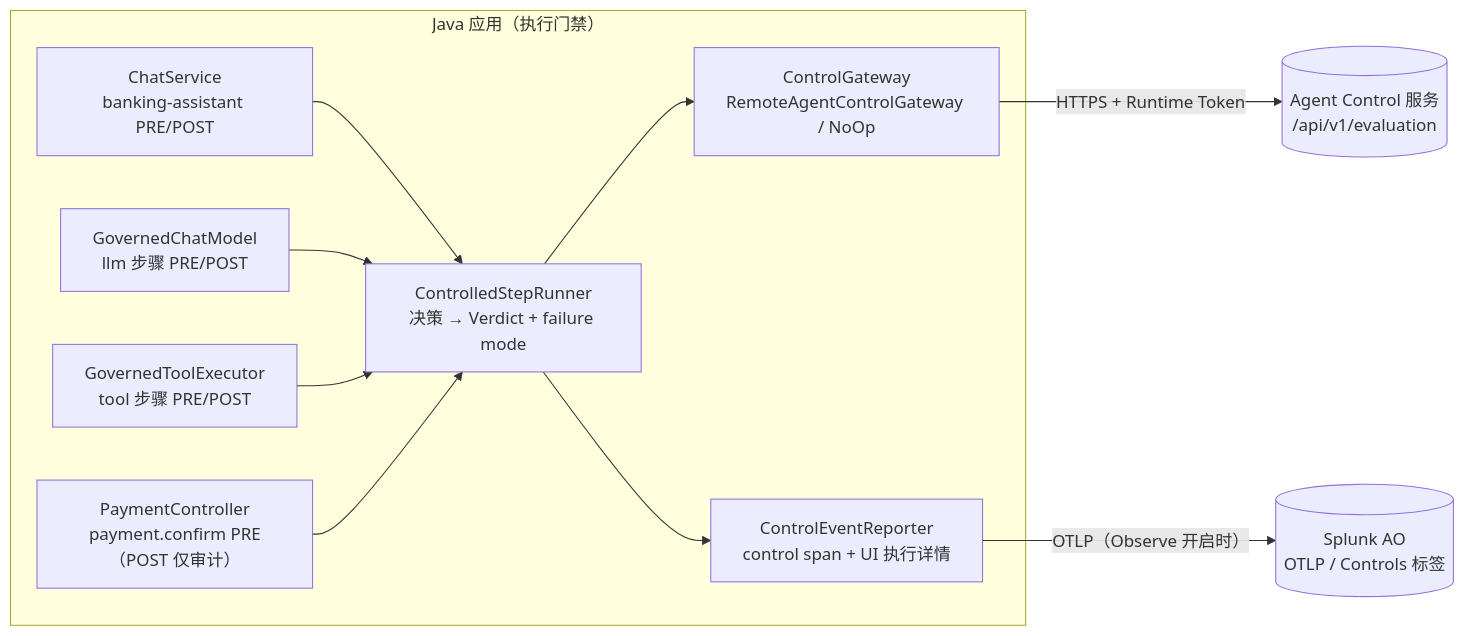
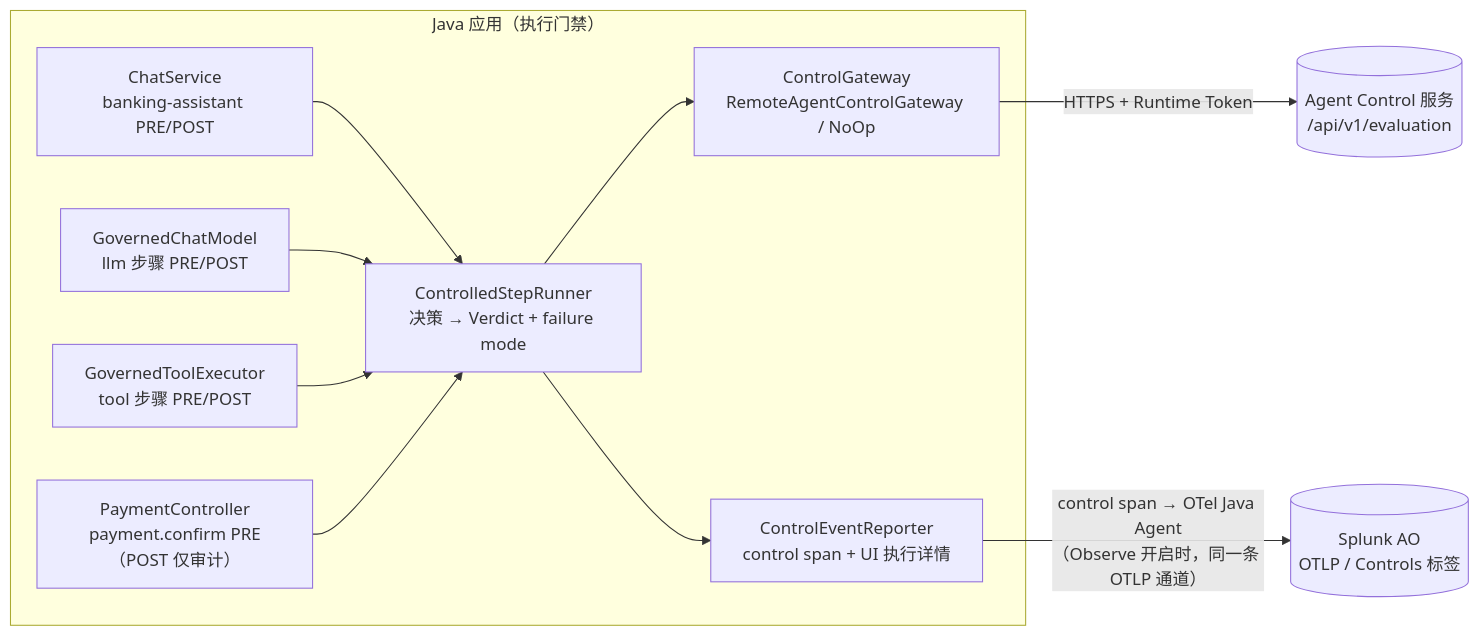
One commit to highopes/bank-agent-java changed the diagram in docs/galileo/AGENT-CONTROL.md. Above: the diagram before and after it, drawn with Mermaid. The commit also changed other lines of this file and 61 other files, not shown here.

````diff
--- a/docs/galileo/AGENT-CONTROL.md
+++ b/docs/galileo/AGENT-CONTROL.md
@@ -63,20 +73,20 @@
 ```mermaid
 flowchart LR
     subgraph Java["Java 应用（执行门禁）"]
         CS["ChatService<br/>banking-assistant PRE/POST"]
         GCM["GovernedChatModel<br/>llm 步骤 PRE/POST"]
         GTE["GovernedToolExecutor<br/>tool 步骤 PRE/POST"]
         PC["PaymentController<br/>payment.confirm PRE（POST 仅审计）"]
         RUN["ControlledStepRunner<br/>决策 → Verdict + failure mode"]
         GW["ControlGateway<br/>RemoteAgentControlGateway / NoOp"]
         REP["ControlEventReporter<br/>control span + UI 执行详情"]
     end
     AC[("Agent Control 服务<br/>/api/v1/evaluation")]
     AO[("Splunk AO<br/>OTLP / Controls 标签")]
     CS --> RUN
     GCM --> RUN
     GTE --> RUN
     PC --> RUN
     RUN --> GW -->|HTTPS + Runtime Token| AC
-    RUN --> REP -->|OTLP（Observe 开启时）| AO
+    RUN --> REP -->|"control span → OTel Java Agent<br/>（Observe 开启时，同一条 OTLP 通道）"| AO
 ```
````
